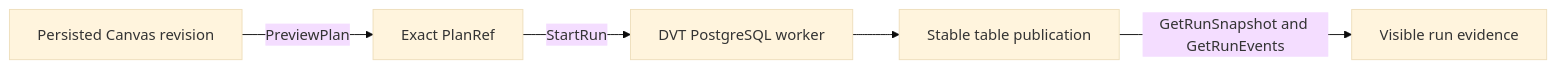
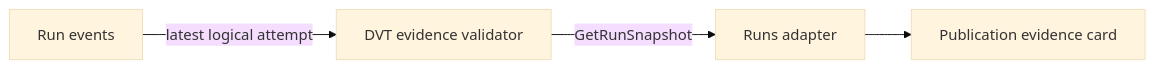
Before and after one commit to dunay2/dvt: the second of 2 diagrams in docs/planning/proposals/mandatory/frontend-and-ux/gh-3021-dvt-preview-run-live-plan-20260915.md, drawn with Mermaid (base theme). The commit also changed other lines of this file and 14 other files, not shown here.

Commit message:
feat(web): Show DVT PostgreSQL run evidence (#3196)

````diff
--- a/docs/planning/proposals/mandatory/frontend-and-ux/gh-3021-dvt-preview-run-live-plan-20260915.md
+++ b/docs/planning/proposals/mandatory/frontend-and-ux/gh-3021-dvt-preview-run-live-plan-20260915.md
@@ -43,7 +44,6 @@
 ```mermaid
 flowchart LR
-  A[Persisted Canvas revision] -->|PreviewPlan| B[Exact PlanRef]
-  B -->|StartRun| C[DVT PostgreSQL worker]
-  C --> D[Stable table publication]
-  D -->|GetRunSnapshot and GetRunEvents| E[Visible run evidence]
+  A[Run events] -->|latest logical attempt| B[DVT evidence validator]
+  B -->|GetRunSnapshot| C[Runs adapter]
+  C --> D[Publication evidence card]
 ```
````
